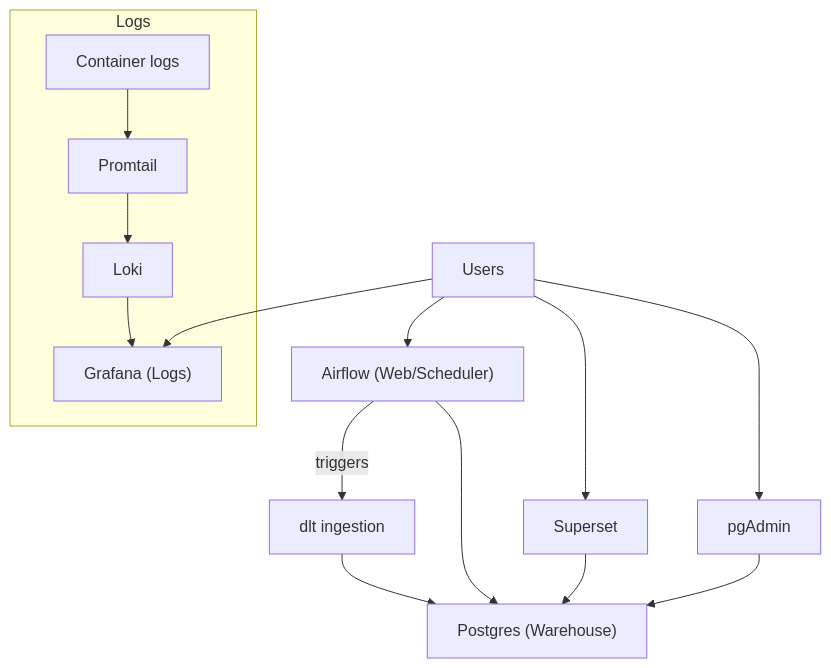
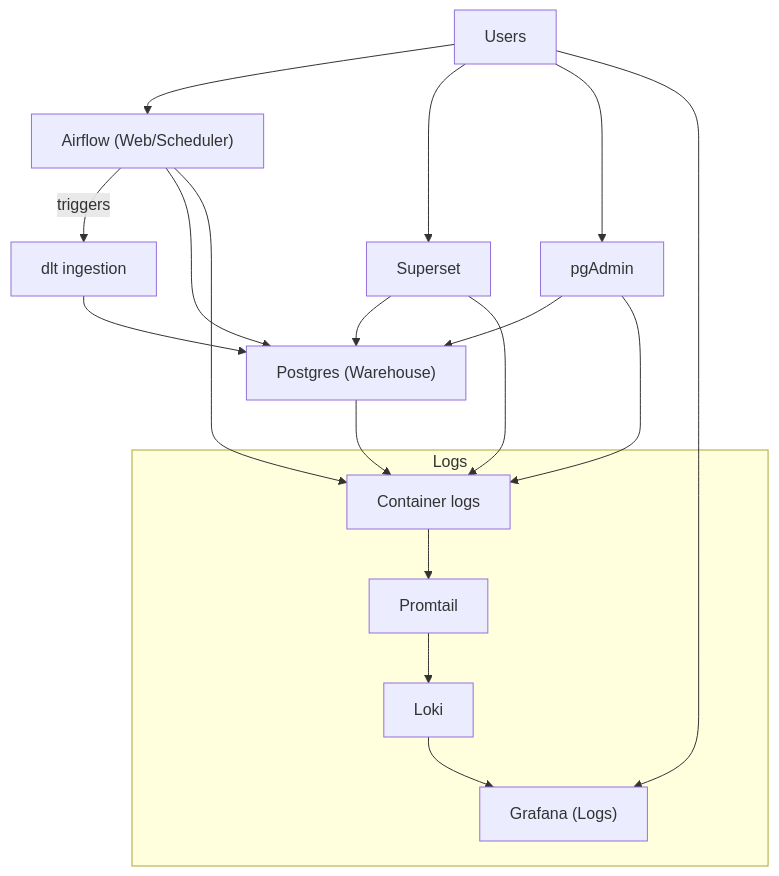
Before and after one commit to jordansgoodman/DataFoundry: the diagram in README.md, drawn with Mermaid.

Commit message:
Update README logging flow

````diff
--- a/README.md
+++ b/README.md
@@ -16,17 +16,22 @@
 ```mermaid
 flowchart TD
   U["Users"] --> AF["Airflow (Web/Scheduler)"]
   U --> SS["Superset"]
   U --> PGA["pgAdmin"]
   U --> GF["Grafana (Logs)"]
 
   AF -->|triggers| DLT["dlt ingestion"]
   DLT --> PG["Postgres (Warehouse)"]
   AF --> PG
   SS --> PG
   PGA --> PG
 
+  AF --> L["Container logs"]
+  SS --> L
+  PGA --> L
+  PG --> L
+
   subgraph Logs
-    L["Container logs"] --> PT["Promtail"] --> LK["Loki"] --> GF
+    L --> PT["Promtail"] --> LK["Loki"] --> GF
   end
 ```
````
